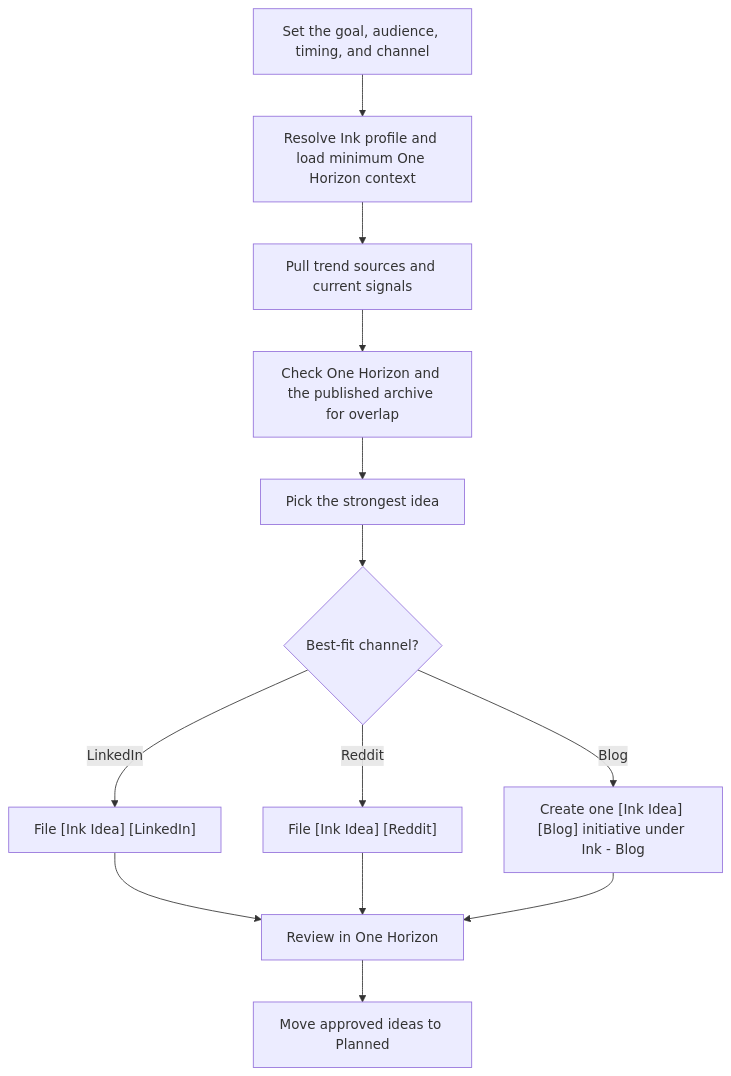
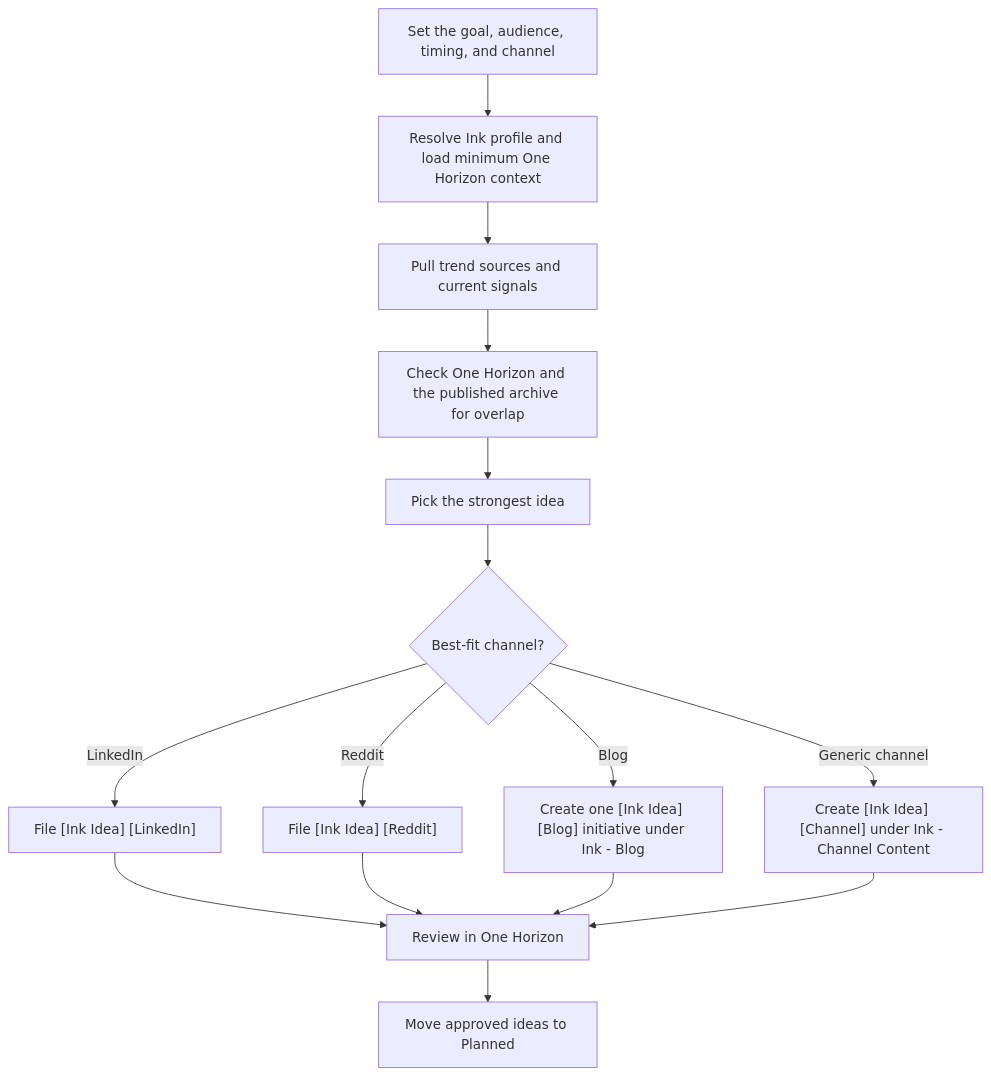
Before and after one commit to onehorizonai/ink: the first of 5 diagrams in README.md, drawn with Mermaid. The commit also changed other lines of this file and 90 other files, not shown here.

````diff
--- a/README.md
+++ b/README.md
@@ -193,15 +198,17 @@
 ```mermaid
 flowchart TD
     A["Set the goal, audience, timing, and channel"] --> B["Resolve Ink profile and load minimum One Horizon context"]
     B --> C["Pull trend sources and current signals"]
     C --> D["Check One Horizon and the published archive for overlap"]
     D --> E["Pick the strongest idea"]
     E --> F{"Best-fit channel?"}
     F -- "LinkedIn" --> G["File [Ink Idea] [LinkedIn]"]
     F -- "Reddit" --> H["File [Ink Idea] [Reddit]"]
     F -- "Blog" --> I["Create one [Ink Idea] [Blog] initiative under Ink - Blog"]
+    F -- "Generic channel" --> L["Create [Ink Idea] [Channel] under Ink - Channel Content"]
     G --> J["Review in One Horizon"]
     H --> J
     I --> J
+    L --> J
     J --> K["Move approved ideas to Planned"]
 ```
````
